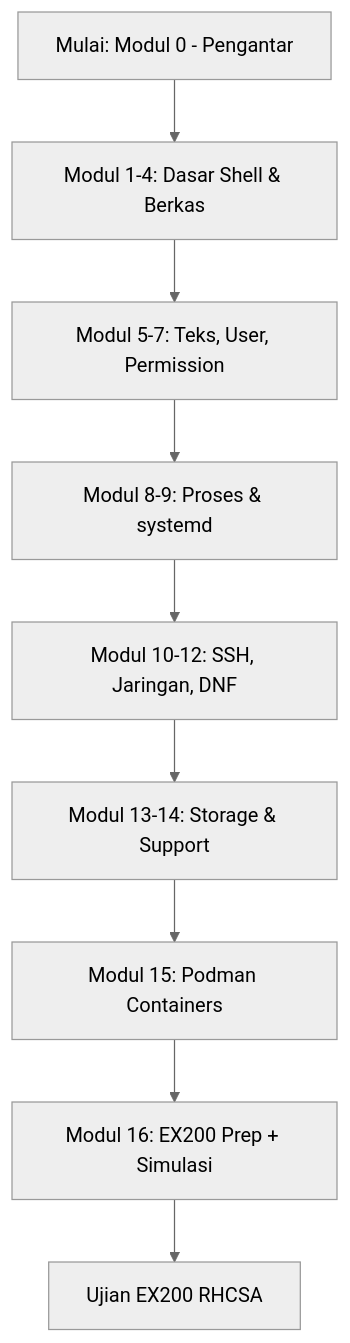
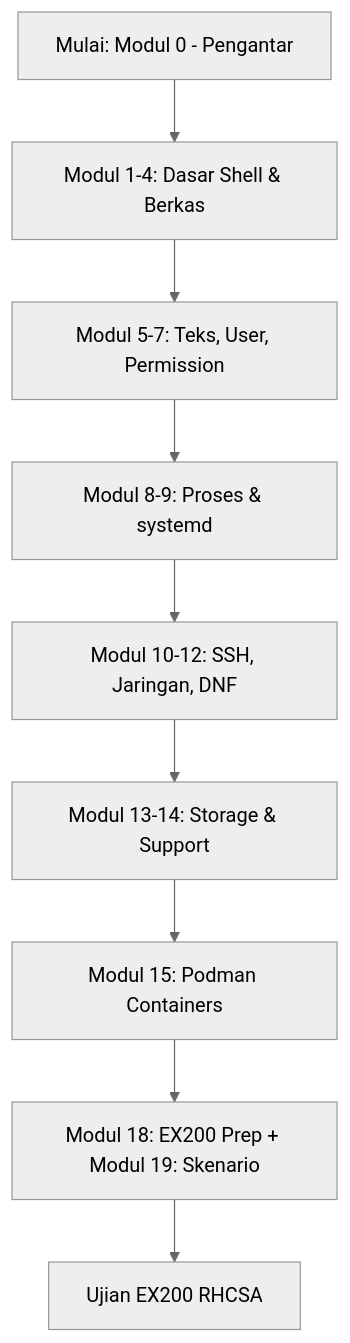
The diagram in docs/pusat-belajar.md (masrizram/rhcsa-rh124-rh199-guide), drawn with Mermaid (neutral theme) before and after one commit. The commit also changed other lines of this file and 2 other files, not shown here.

Commit message:
Audit fix: rapikan nomor modul EX200 di pusat-belajar/Modul 00 (16->18/19) + tambah section quadlet di Modul 15

````diff
--- a/docs/pusat-belajar.md
+++ b/docs/pusat-belajar.md
@@ -8,11 +8,11 @@
 ```mermaid
 flowchart TD
     A[Mulai: Modul 0 - Pengantar] --> B[Modul 1-4: Dasar Shell & Berkas]
     B --> C[Modul 5-7: Teks, User, Permission]
     C --> D[Modul 8-9: Proses & systemd]
     D --> E[Modul 10-12: SSH, Jaringan, DNF]
     E --> F[Modul 13-14: Storage & Support]
     F --> G[Modul 15: Podman Containers]
-    G --> H[Modul 16: EX200 Prep + Simulasi]
+    G --> H[Modul 18: EX200 Prep + Modul 19: Skenario]
     H --> I[Ujian EX200 RHCSA]
 ```
````
